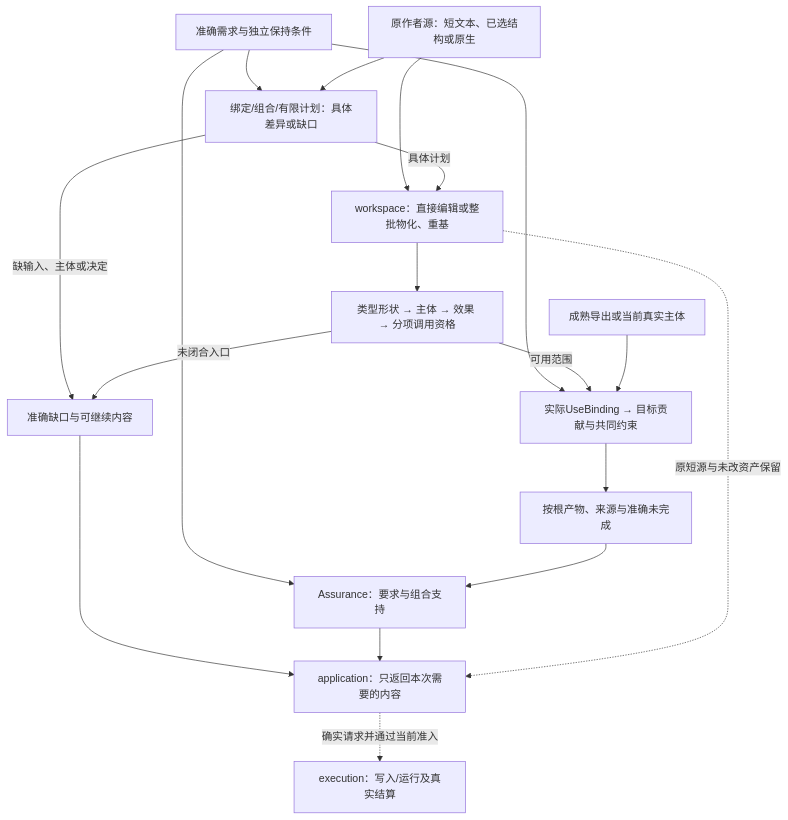
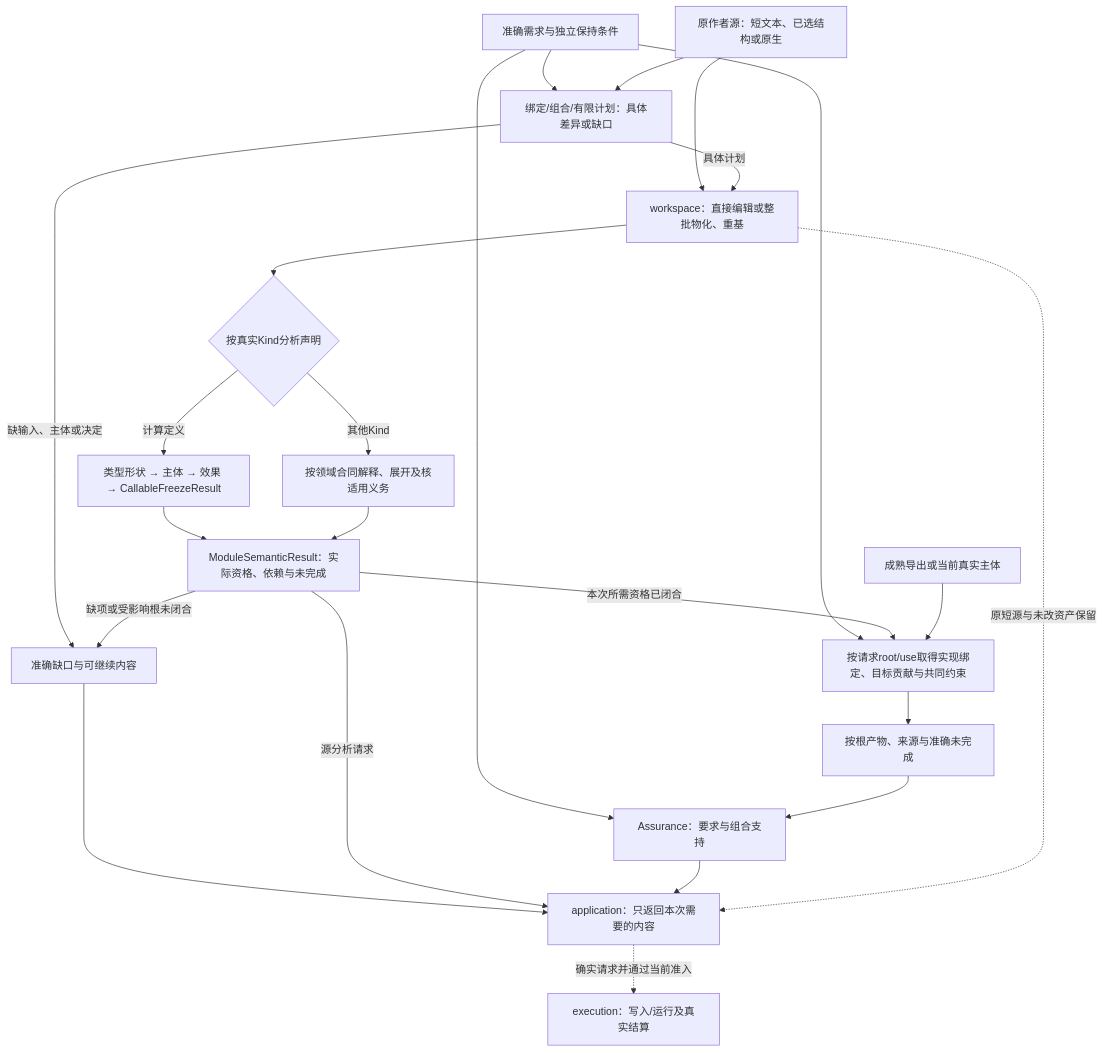
The second of 6 diagrams in docs/架构/协作与状态边界.md (sec-platform/sec), drawn with Mermaid before and after one commit. The commit also changed other lines of this file and 15 other files, not shown here.

````diff
--- a/docs/架构/协作与状态边界.md
+++ b/docs/架构/协作与状态边界.md
@@ -91,20 +91,25 @@
 ```mermaid
 flowchart TB
   Req["准确需求与独立保持条件"] --> Plan["绑定/组合/有限计划：具体差异或缺口"]
   Src["原作者源：短文本、已选结构或原生"] --> Plan
   Src --> Edit["workspace：直接编辑或整批物化、重基"]
   Plan -->|具体计划| Edit
   Plan -->|缺输入、主体或决定| Gap["准确缺口与可继续内容"]
   Gap --> Return
-  Edit --> Types["类型形状 → 主体 → 效果 → 分项调用资格"]
-  Req --> Build["实际UseBinding → 目标贡献与共同约束"]
-  Types -->|可用范围| Build
-  Types -->|未闭合入口| Gap
+  Edit --> Kind{"按真实Kind分析声明"}
+  Kind -->|计算定义| Types["类型形状 → 主体 → 效果 → CallableFreezeResult"]
+  Kind -->|其他Kind| Interpret["按领域合同解释、展开及核适用义务"]
+  Types --> Semantic["ModuleSemanticResult：实际资格、依赖与未完成"]
+  Interpret --> Semantic
+  Semantic -->|源分析请求| Return
+  Semantic -->|缺项或受影响根未闭合| Gap
+  Req --> Build["按请求root/use取得实现绑定、目标贡献与共同约束"]
+  Semantic -->|本次所需资格已闭合| Build
   Supply["成熟导出或当前真实主体"] --> Build
   Build --> Output["按根产物、来源与准确未完成"]
   Req --> Assess["Assurance：要求与组合支持"]
   Output --> Assess
   Assess --> Return["application：只返回本次需要的内容"]
   Edit -. "原短源与未改资产保留" .-> Return
   Return -. "确实请求并通过当前准入" .-> Action["execution：写入/运行及真实结算"]
 ```
````
